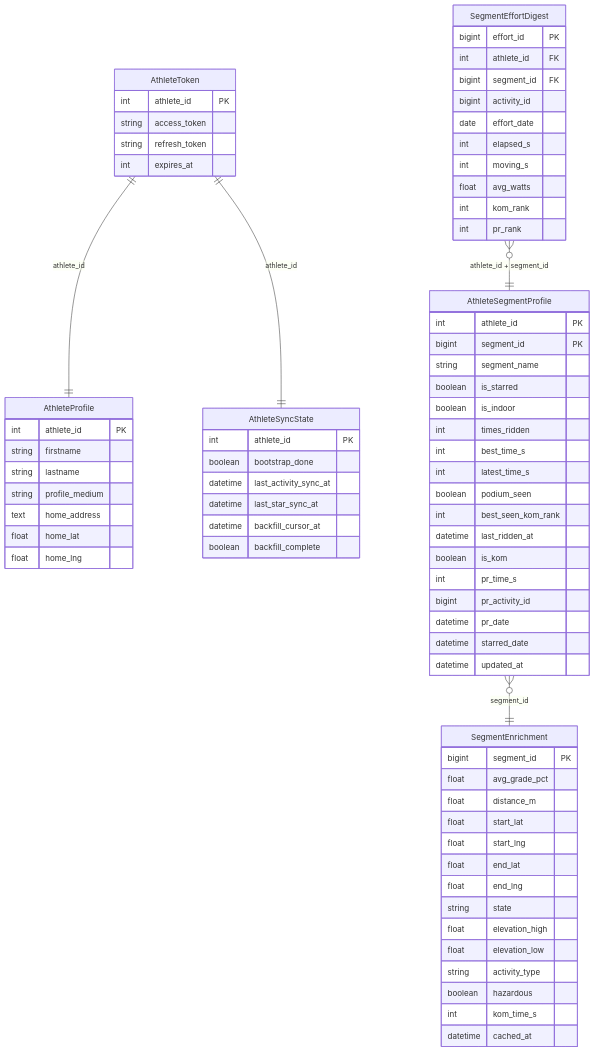
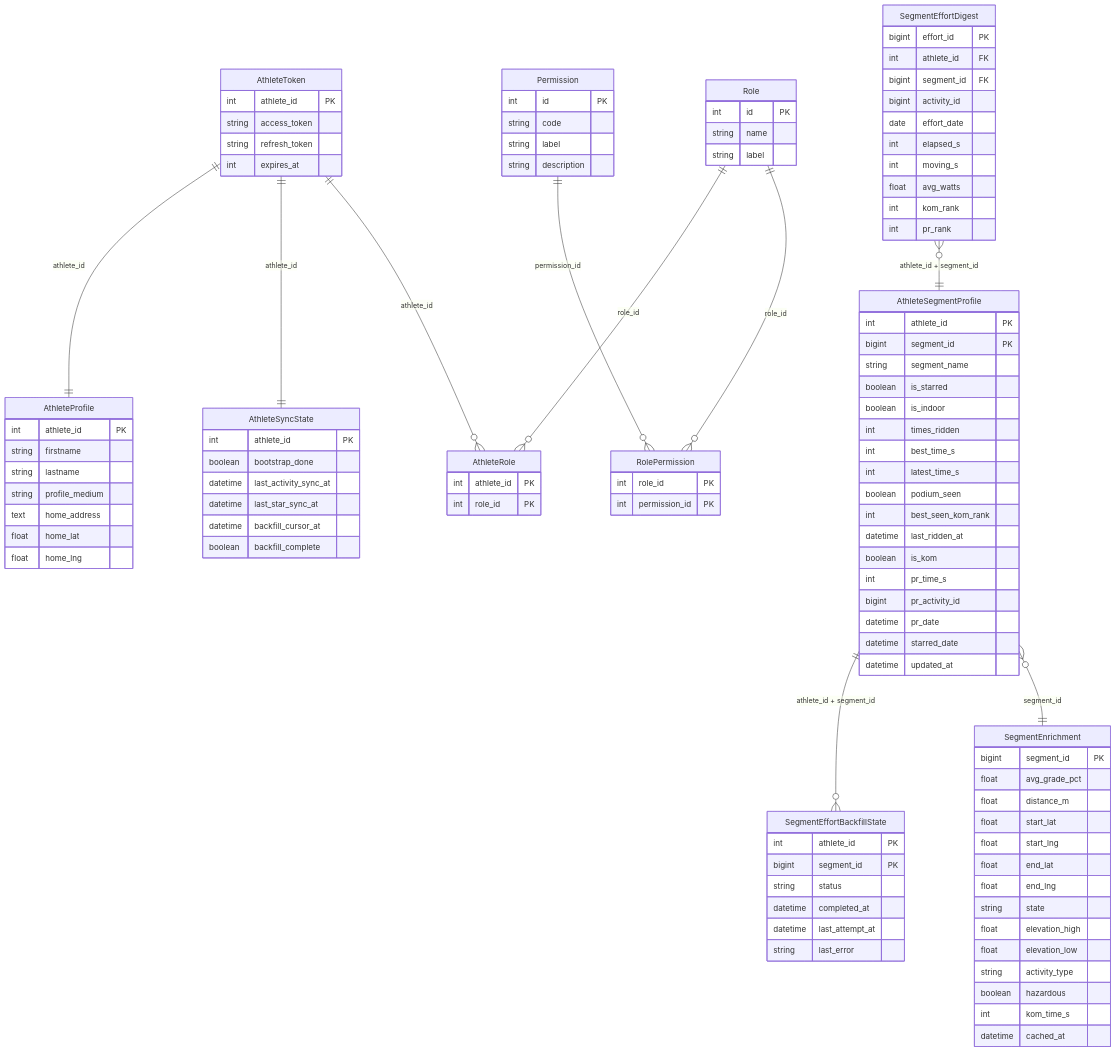
One commit to mazoo/training-tools changed the diagram in docs/DATA_MODELS.md. Above: the diagram before and after it, drawn with Mermaid. The commit also changed other lines of this file and 21 other files, not shown here.

````diff
--- a/docs/DATA_MODELS.md
+++ b/docs/DATA_MODELS.md
@@ -151,6 +213,33 @@
         datetime last_star_sync_at
         datetime backfill_cursor_at
         boolean backfill_complete
+    }
+    Role {
+        int id PK
+        string name
+        string label
+    }
+    Permission {
+        int id PK
+        string code
+        string label
+        string description
+    }
+    RolePermission {
+        int role_id PK
+        int permission_id PK
+    }
+    AthleteRole {
+        int athlete_id PK
+        int role_id PK
+    }
+    SegmentEffortBackfillState {
+        int athlete_id PK
+        bigint segment_id PK
+        string status
+        datetime completed_at
+        datetime last_attempt_at
+        string last_error
     }
     SegmentEffortDigest {
         bigint effort_id PK
@@ -202,6 +291,11 @@
 
     AthleteToken      ||--|| AthleteProfile     : "athlete_id"
     AthleteToken      ||--|| AthleteSyncState   : "athlete_id"
+    AthleteToken      ||--o{ AthleteRole        : "athlete_id"
+    Role              ||--o{ AthleteRole        : "role_id"
+    Role              ||--o{ RolePermission     : "role_id"
+    Permission        ||--o{ RolePermission     : "permission_id"
+    AthleteSegmentProfile ||--o{ SegmentEffortBackfillState : "athlete_id + segment_id"
     SegmentEffortDigest }o--|| AthleteSegmentProfile : "athlete_id + segment_id"
     AthleteSegmentProfile }o--|| SegmentEnrichment  : "segment_id"
 ```
````
